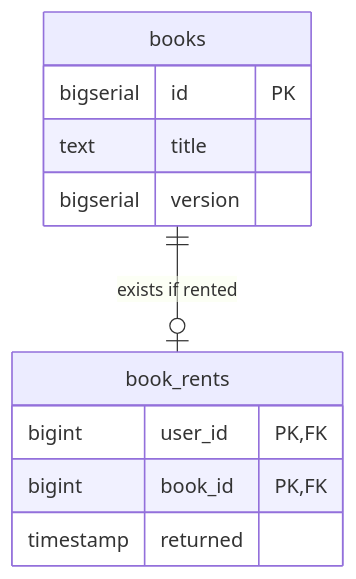
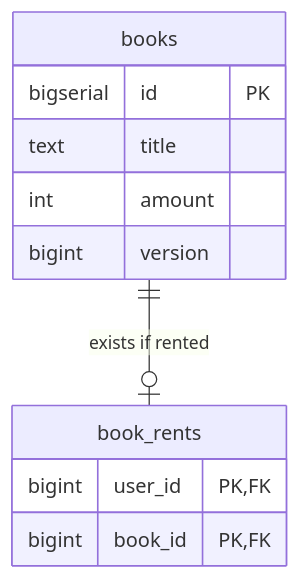
The second of 3 diagrams in kmnlib_back/README.md (turtton/kmnlib), drawn with Mermaid before and after one commit. The commit also changed other lines of this file and 18 other files, not shown here.

````diff
--- a/kmnlib_back/README.md
+++ b/kmnlib_back/README.md
@@ -40,14 +41,14 @@
 ```mermaid
 erDiagram
     books {
         bigserial id "PK"
         text title
-        bigserial version
+        int amount
+        bigint version
     }
     book_rents {
         bigint user_id "PK,FK"
         bigint book_id "PK,FK"
-        timestamp returned
     }
     books ||--o| book_rents: "exists if rented"
 ```
````
